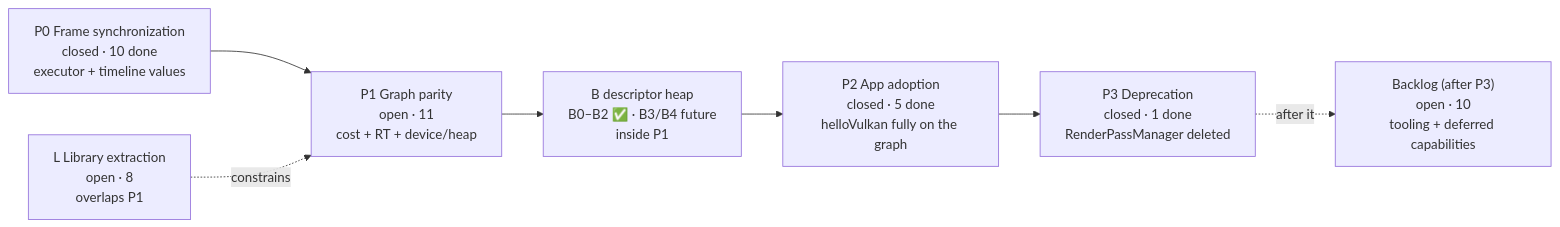
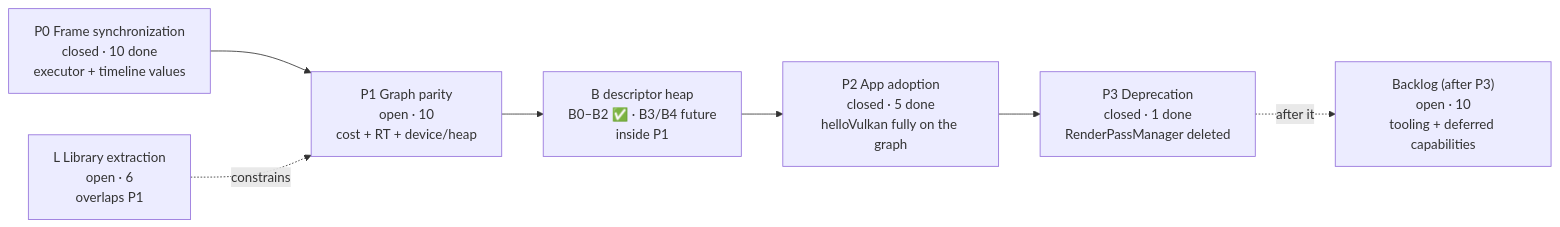
Before and after one commit to v3c70r/Muyo: the first of 2 diagrams in docs/Roadmap-Visual.md, drawn with Mermaid. The commit also changed other lines of this file and 6 other files, not shown here.

````diff
--- a/docs/Roadmap-Visual.md
+++ b/docs/Roadmap-Visual.md
@@ -22,13 +24,13 @@
 ```mermaid
 flowchart LR
     P0["P0 Frame synchronization<br/>closed · 10 done<br/>executor + timeline values"]
-    P1["P1 Graph parity<br/>open · 11<br/>cost + RT + device/heap"]
+    P1["P1 Graph parity<br/>open · 10<br/>cost + RT + device/heap"]
     B["B descriptor heap<br/>B0–B2 ✅ · B3/B4 future<br/>inside P1"]
     P2["P2 App adoption<br/>closed · 5 done<br/>helloVulkan fully on the graph"]
     P3["P3 Deprecation<br/>closed · 1 done<br/>RenderPassManager deleted"]
-    L["L Library extraction<br/>open · 8<br/>overlaps P1"]
+    L["L Library extraction<br/>open · 6<br/>overlaps P1"]
     BL["Backlog (after P3)<br/>open · 10<br/>tooling + deferred capabilities"]
     P0 --> P1 --> B --> P2 --> P3
     L -. constrains .-> P1
     P3 -. after it .-> BL
 ```
````
